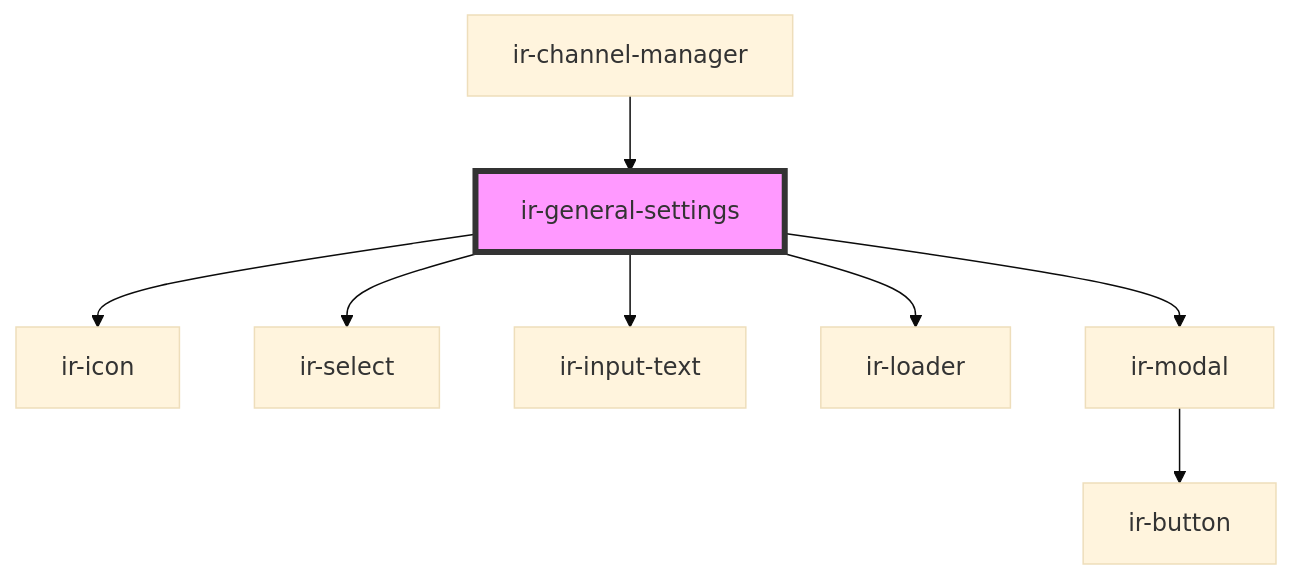
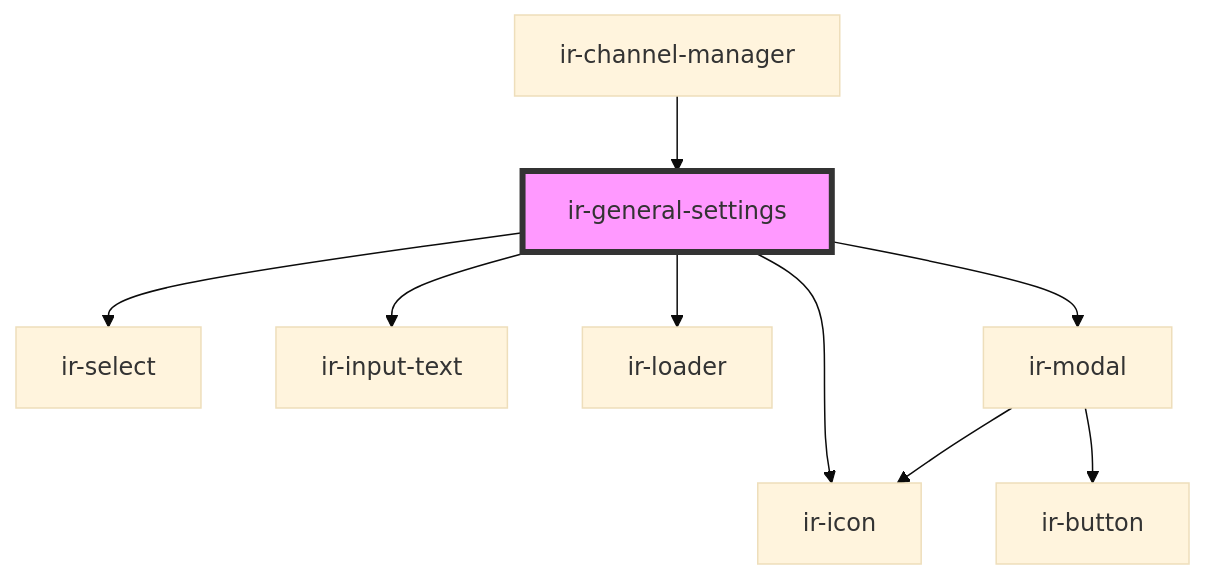
One commit to freddynasr/ir-webcmp changed the diagram in src/components/ir-channel/ir-general-settings/readme.md. Above: the diagram before and after it, drawn with Mermaid (base theme). The commit also changed 12 other files, not shown here.

````diff
--- a/src/components/ir-channel/ir-general-settings/readme.md
+++ b/src/components/ir-channel/ir-general-settings/readme.md
@@ -40,11 +40,12 @@
 ```mermaid
 graph TD;
-  ir-general-settings --> ir-icon
   ir-general-settings --> ir-select
   ir-general-settings --> ir-input-text
   ir-general-settings --> ir-loader
+  ir-general-settings --> ir-icon
   ir-general-settings --> ir-modal
+  ir-modal --> ir-icon
   ir-modal --> ir-button
   ir-channel-manager --> ir-general-settings
   style ir-general-settings fill:#f9f,stroke:#333,stroke-width:4px
 ```
````
